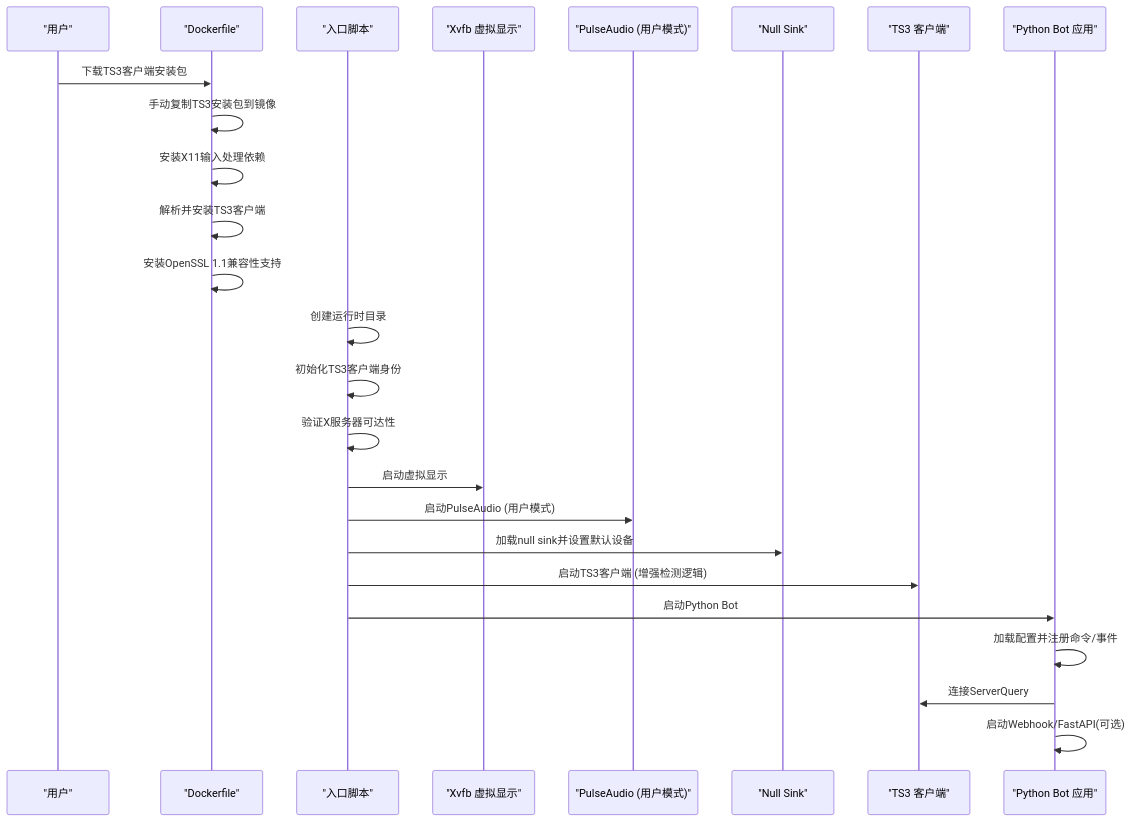
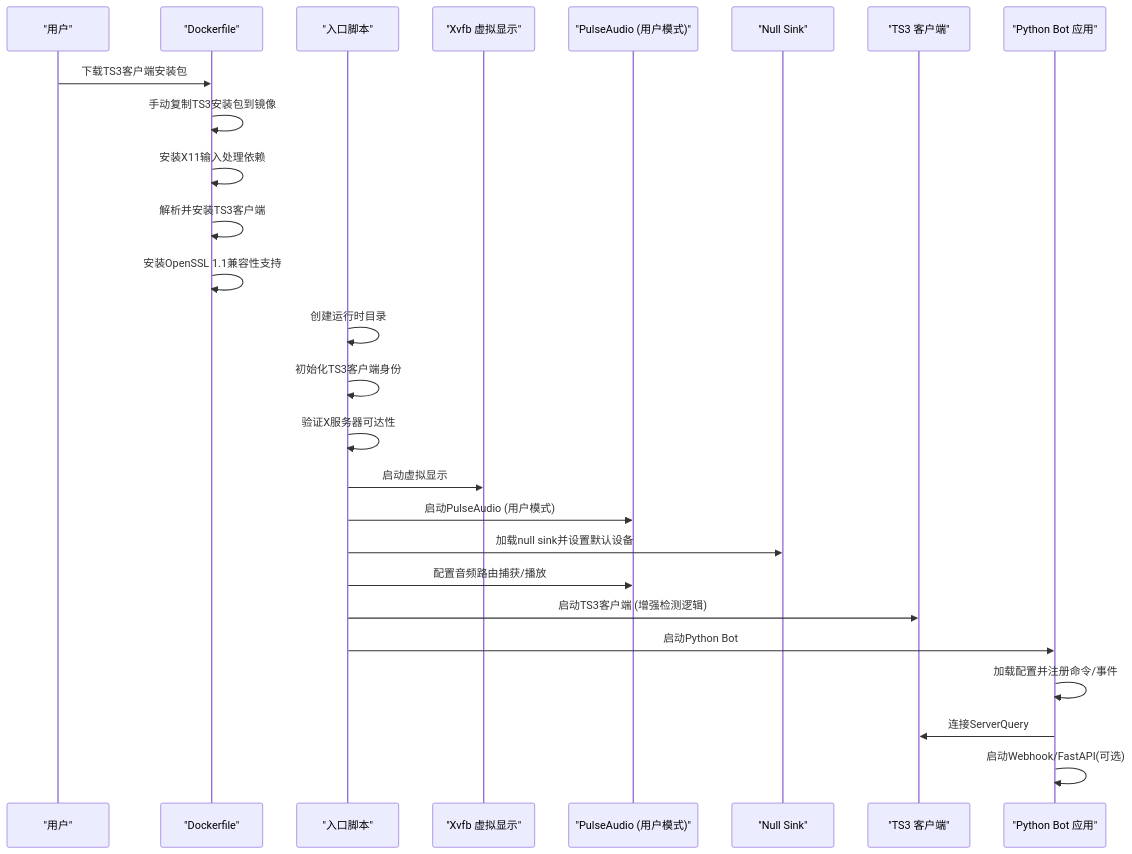
The second of 3 diagrams in .qoder/repowiki/zh/content/部署和运维/Docker容器化部署.md (GhoulOwl/Teamspeak3_Bot), drawn with Mermaid before and after one commit. The commit also changed other lines of this file and 8 other files, not shown here.

````diff
--- a/.qoder/repowiki/zh/content/部署和运维/Docker容器化部署.md
+++ b/.qoder/repowiki/zh/content/部署和运维/Docker容器化部署.md
@@ -116,27 +120,28 @@
 ```mermaid
 sequenceDiagram
 participant User as "用户"
 participant Dockerfile as "Dockerfile"
 participant Entrypoint as "入口脚本"
 participant Xvfb as "Xvfb 虚拟显示"
 participant Pulse as "PulseAudio (用户模式)"
 participant NullSink as "Null Sink"
 participant TS3 as "TS3 客户端"
 participant Bot as "Python Bot 应用"
 User->>Dockerfile : 下载TS3客户端安装包
 Dockerfile->>Dockerfile : 手动复制TS3安装包到镜像
 Dockerfile->>Dockerfile : 安装X11输入处理依赖
 Dockerfile->>Dockerfile : 解析并安装TS3客户端
 Dockerfile->>Dockerfile : 安装OpenSSL 1.1兼容性支持
 Entrypoint->>Entrypoint : 创建运行时目录
 Entrypoint->>Entrypoint : 初始化TS3客户端身份
 Entrypoint->>Entrypoint : 验证X服务器可达性
 Entrypoint->>Xvfb : 启动虚拟显示
 Entrypoint->>Pulse : 启动PulseAudio (用户模式)
 Entrypoint->>NullSink : 加载null sink并设置默认设备
+Entrypoint->>Pulse : 配置音频路由捕获/播放
 Entrypoint->>TS3 : 启动TS3客户端 (增强检测逻辑)
 Entrypoint->>Bot : 启动Python Bot
 Bot->>Bot : 加载配置并注册命令/事件
 Bot->>TS3 : 连接ServerQuery
 Bot->>Bot : 启动Webhook/FastAPI(可选)
 ```
````
